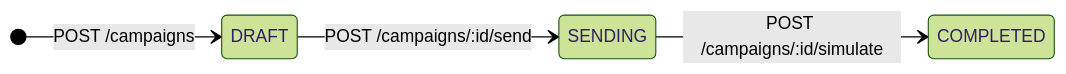
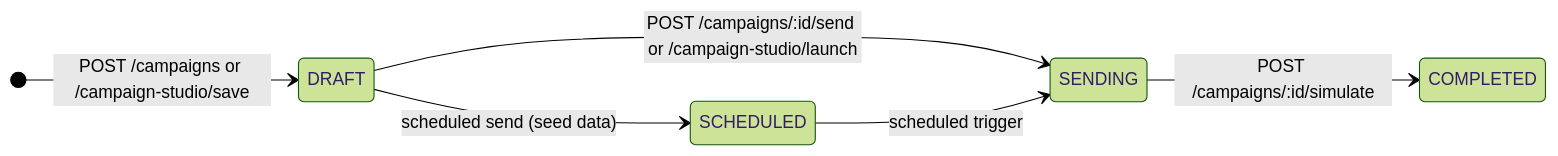
Diagram 11 of 13 in README.md (RUDRA-PRATAP-SINGH01/barista-engage-api), drawn with Mermaid (forest theme) before and after one commit. The commit also changed other lines of this file and 46 other files, not shown here.

````diff
--- a/README.md
+++ b/README.md
@@ -145,7 +642,9 @@
 ```mermaid
 stateDiagram-v2
     direction LR
-    [*] --> DRAFT : POST /campaigns
-    DRAFT --> SENDING : POST /campaigns/:id/send
+    [*] --> DRAFT : POST /campaigns or /campaign-studio/save
+    DRAFT --> SENDING : POST /campaigns/:id/send or /campaign-studio/launch
+    DRAFT --> SCHEDULED : scheduled send (seed data)
+    SCHEDULED --> SENDING : scheduled trigger
     SENDING --> COMPLETED : POST /campaigns/:id/simulate
 ```
````
